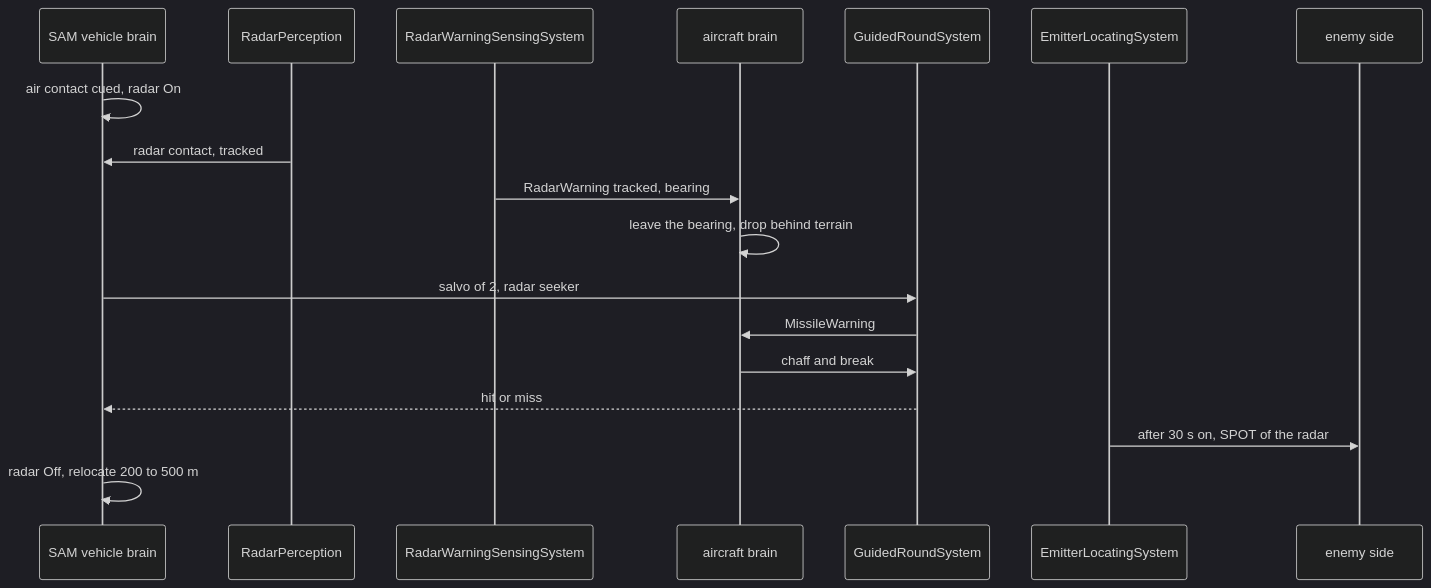
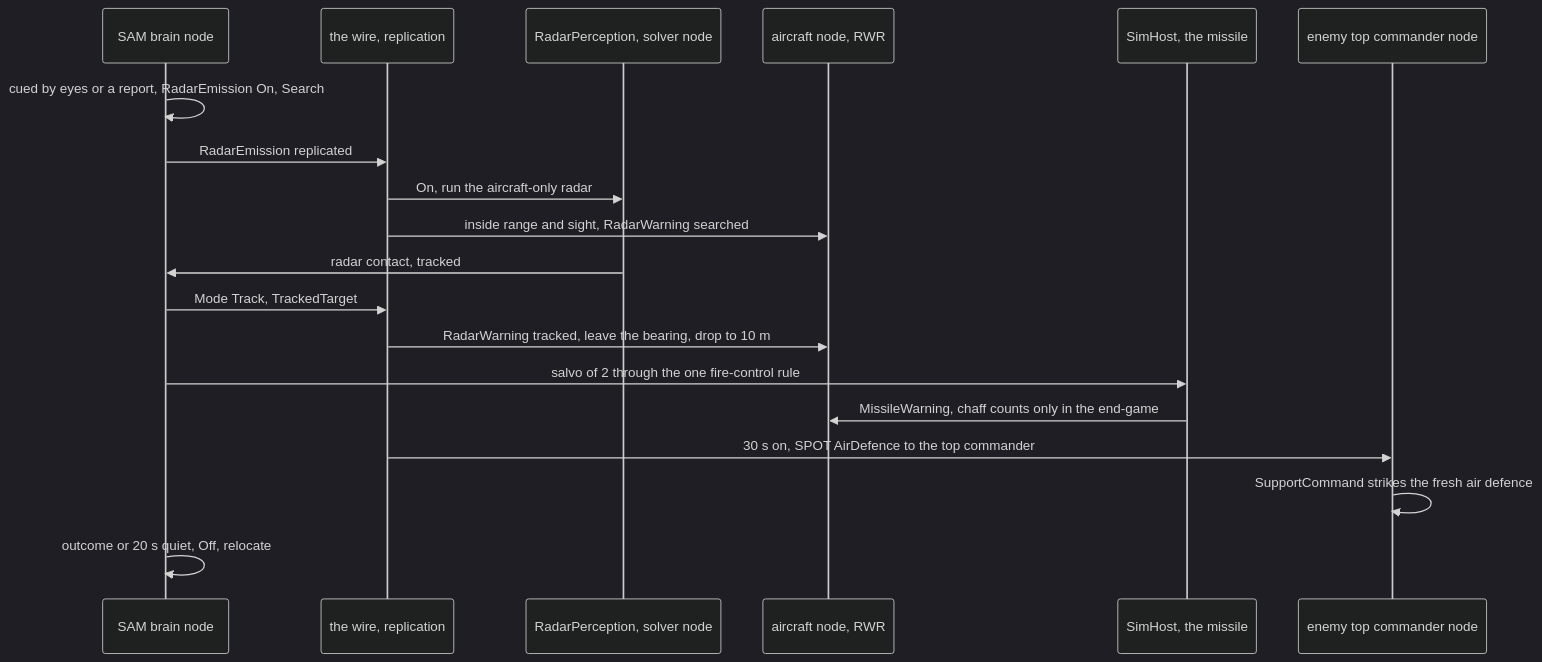
Before and after one commit to pjanec/HROT: the second of 3 diagrams in docs/designs/air-attack/DESIGN_Radar_SAM.md, drawn with Mermaid (dark theme). The commit also changed other lines of this file and 2 other files, not shown here.

First line of the commit message:
docs(radar-sam): review approved (R-4259) - aircraft beyond the terrain, radiation published (RadarEmission); §2-§5 amended; CE-4619

````diff
--- a/docs/designs/air-attack/DESIGN_Radar_SAM.md
+++ b/docs/designs/air-attack/DESIGN_Radar_SAM.md
@@ -139,20 +150,21 @@
 ```mermaid
 sequenceDiagram
-  participant V as SAM vehicle brain
-  participant R as RadarPerception
-  participant W as RadarWarningSensingSystem
-  participant A as aircraft brain
-  participant M as GuidedRoundSystem
-  participant L as EmitterLocatingSystem
-  participant E as enemy side
-  V->>V: air contact cued, radar On
+  participant V as SAM brain node
+  participant N as the wire, replication
+  participant R as RadarPerception, solver node
+  participant A as aircraft node, RWR
+  participant M as SimHost, the missile
+  participant H as enemy top commander node
+  V->>V: cued by eyes or a report, RadarEmission On, Search
+  V->>N: RadarEmission replicated
+  N->>R: On, run the aircraft-only radar
+  N->>A: inside range and sight, RadarWarning searched
   R->>V: radar contact, tracked
-  W->>A: RadarWarning tracked, bearing
-  A->>A: leave the bearing, drop behind terrain
-  V->>M: salvo of 2, radar seeker
-  M->>A: MissileWarning
-  A->>M: chaff and break
-  M-->>V: hit or miss
-  L->>E: after 30 s on, SPOT of the radar
-  V->>V: radar Off, relocate 200 to 500 m
+  V->>N: Mode Track, TrackedTarget
+  N->>A: RadarWarning tracked, leave the bearing, drop to 10 m
+  V->>M: salvo of 2 through the one fire-control rule
+  M->>A: MissileWarning, chaff counts only in the end-game
+  N->>H: 30 s on, SPOT AirDefence to the top commander
+  H->>H: SupportCommand strikes the fresh air defence
+  V->>V: outcome or 20 s quiet, Off, relocate
 ```
````
